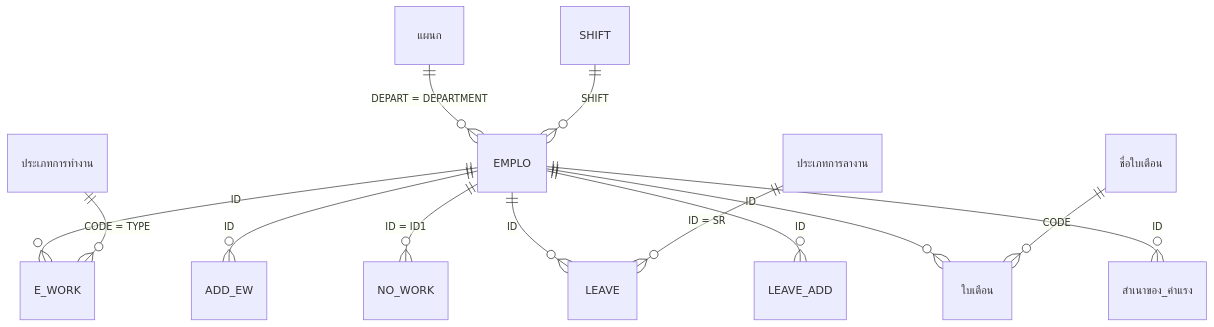
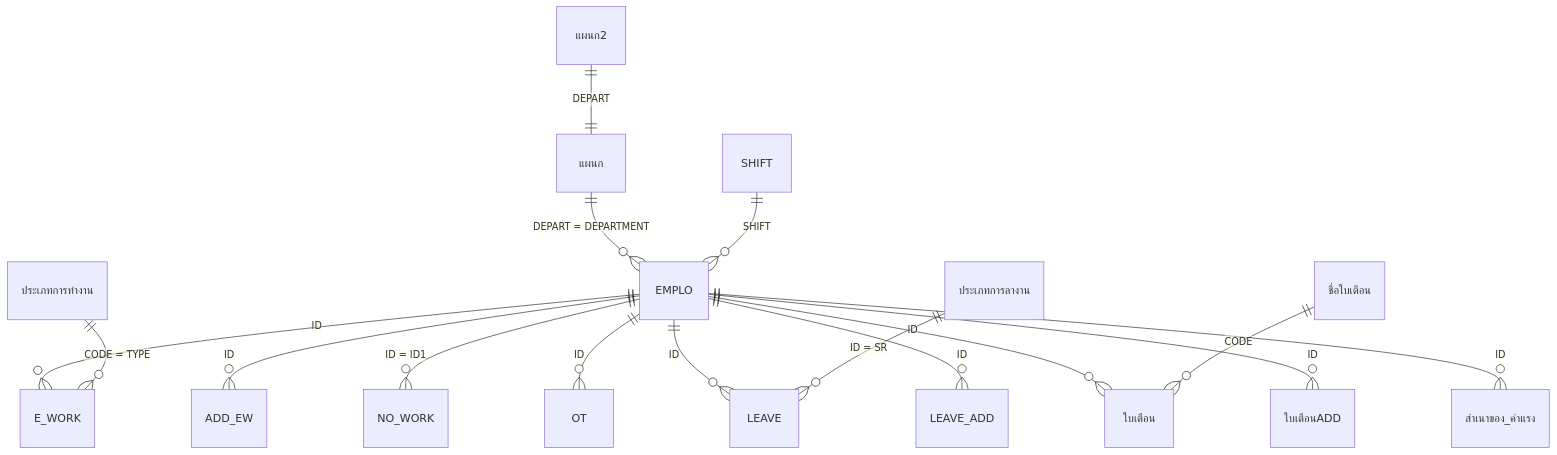
Before and after one commit to e20fsf/app-lockte: the diagram in specs/employee/data-model.md, drawn with Mermaid. The commit also changed other lines of this file and 9 other files, not shown here.

````diff
--- a/specs/employee/data-model.md
+++ b/specs/employee/data-model.md
@@ -169,15 +481,18 @@
 ```mermaid
 erDiagram
   แผนก ||--o{ EMPLO : "DEPART = DEPARTMENT"
   SHIFT ||--o{ EMPLO : SHIFT
   EMPLO ||--o{ E_WORK : ID
   EMPLO ||--o{ ADD_EW : ID
   EMPLO ||--o{ NO_WORK : "ID = ID1"
+  EMPLO ||--o{ OT : ID
   EMPLO ||--o{ LEAVE : ID
   EMPLO ||--o{ LEAVE_ADD : ID
   EMPLO ||--o{ ใบเตือน : ID
+  EMPLO ||--o{ ใบเตือนADD : ID
   EMPLO ||--o{ สำเนาของ_ค่าแรง : ID
   ประเภทการลางาน ||--o{ LEAVE : "ID = SR"
   ประเภทการทำงาน ||--o{ E_WORK : "CODE = TYPE"
   ชื่อใบเตือน ||--o{ ใบเตือน : CODE
+  แผนก2 ||--|| แผนก : DEPART
 ```
````
